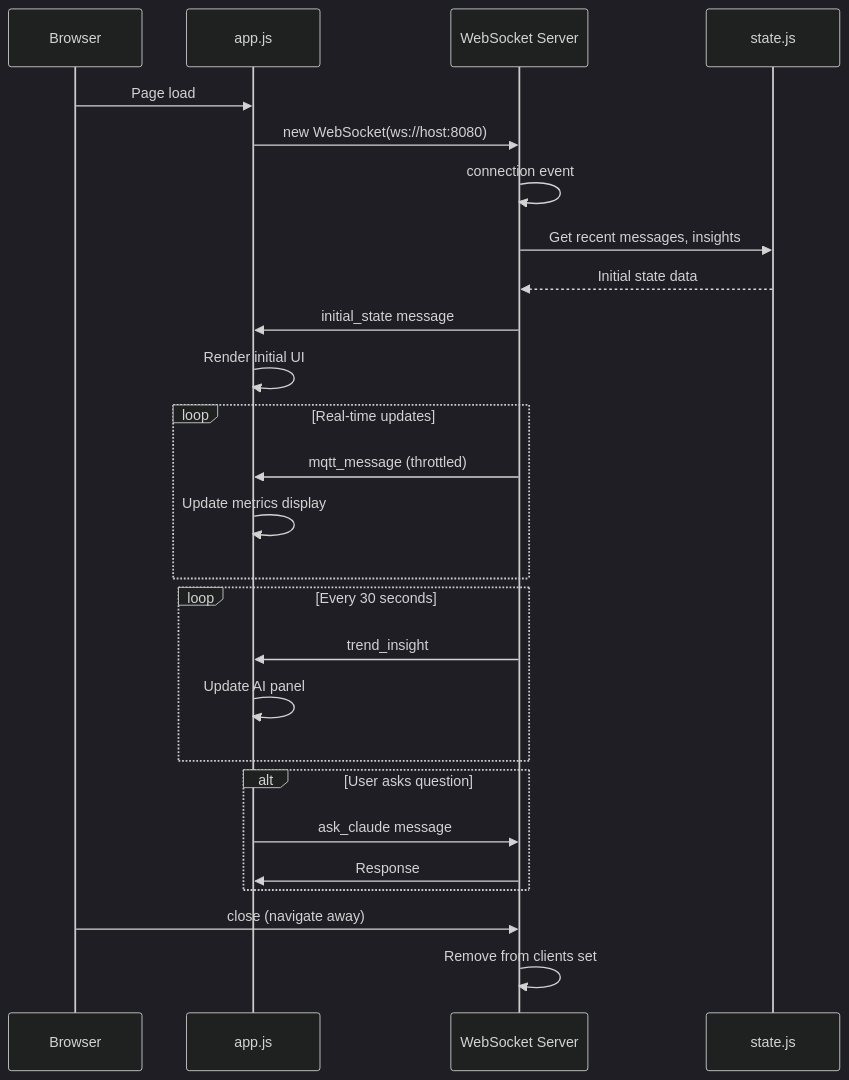
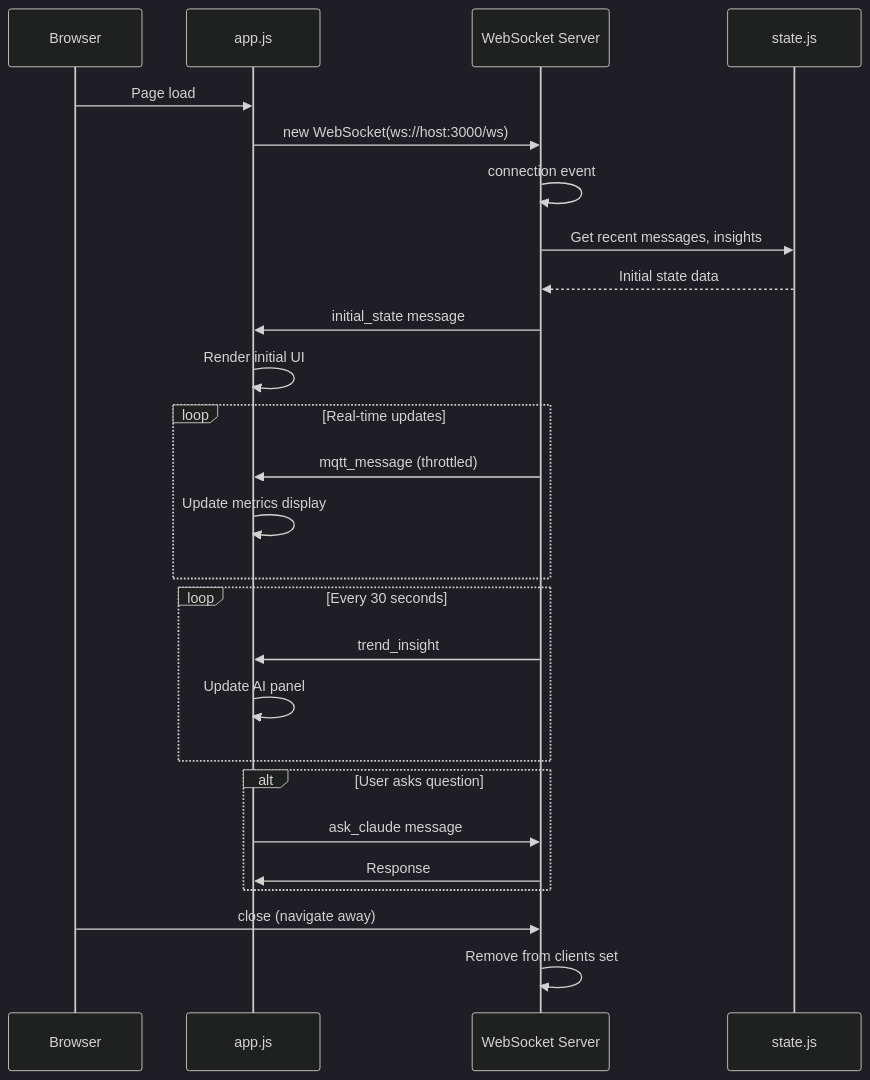
The eighth of 8 diagrams in wiki/Data-Flow-Diagrams.md (briananderson1222/EdgeMind), drawn with Mermaid (dark theme) before and after one commit. The commit also changed 12 other files, not shown here.

````diff
--- a/wiki/Data-Flow-Diagrams.md
+++ b/wiki/Data-Flow-Diagrams.md
@@ -302,35 +302,35 @@
 ```mermaid
 sequenceDiagram
     participant Browser as Browser
     participant DASH as app.js
     participant WS as WebSocket Server
     participant State as state.js
 
     Browser->>DASH: Page load
-    DASH->>WS: new WebSocket(ws://host:8080)
+    DASH->>WS: new WebSocket(ws://host:3000/ws)
     WS->>WS: connection event
 
     WS->>State: Get recent messages, insights
     State-->>WS: Initial state data
     WS->>DASH: initial_state message
 
     DASH->>DASH: Render initial UI
 
     loop Real-time updates
         WS->>DASH: mqtt_message (throttled)
         DASH->>DASH: Update metrics display
     end
 
     loop Every 30 seconds
         WS->>DASH: trend_insight
         DASH->>DASH: Update AI panel
     end
 
     alt User asks question
         DASH->>WS: ask_claude message
         WS->>DASH: Response
     end
 
     Browser->>WS: close (navigate away)
     WS->>WS: Remove from clients set
 ```
````
